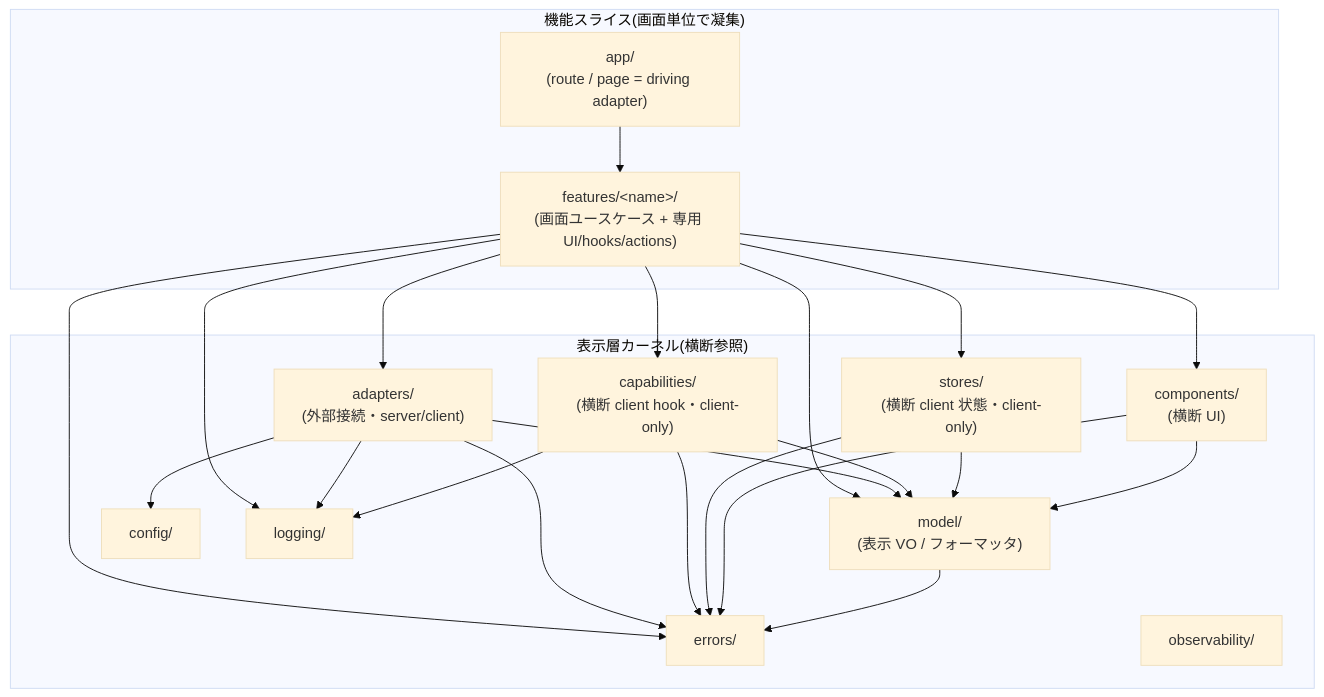
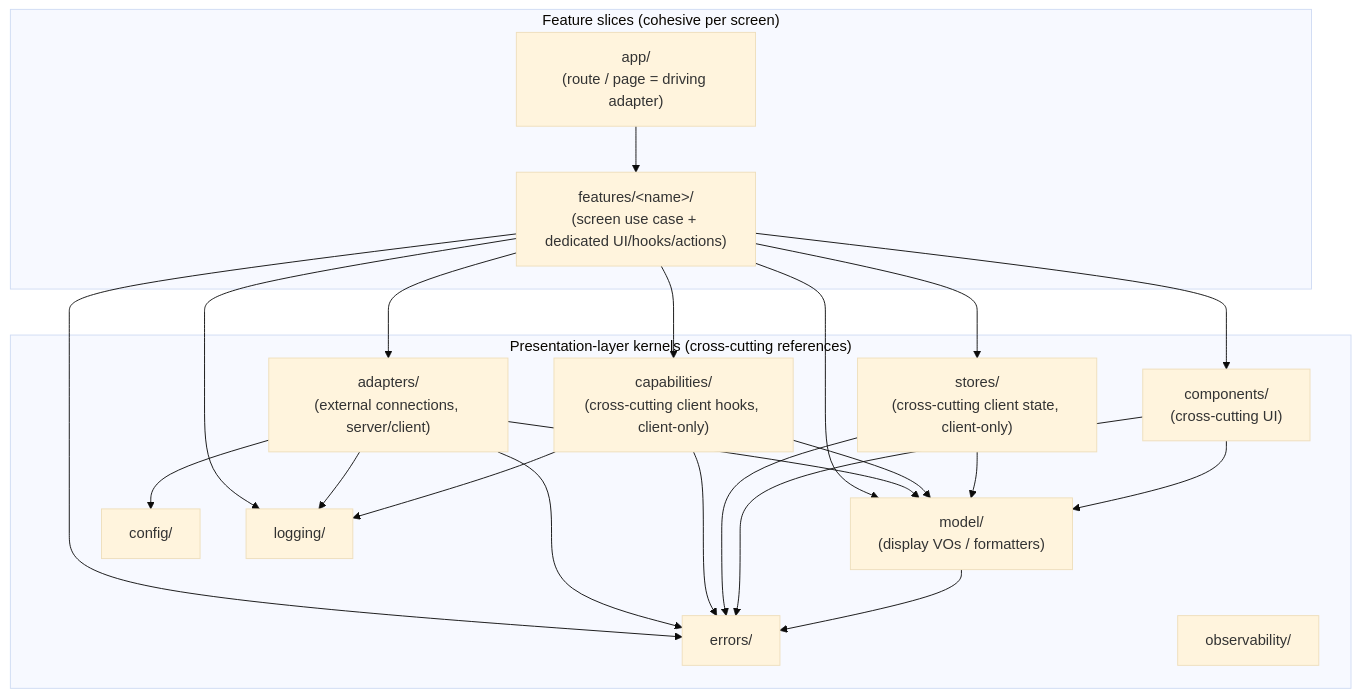
One commit to Tomy-ch/nextjs-boilerplate changed the diagram in docs/adr/0020-adopted-architecture.md. Above: the diagram before and after it, drawn with Mermaid (base theme). The commit also changed other lines of this file and 160 other files, not shown here.

````diff
--- a/docs/adr/0020-adopted-architecture.md
+++ b/docs/adr/0020-adopted-architecture.md
@@ -39,38 +39,38 @@
 ```mermaid
 flowchart TD
-    subgraph slices["機能スライス(画面単位で凝集)"]
+    subgraph slices["Feature slices (cohesive per screen)"]
         app["app/\n(route / page = driving adapter)"]
-        features["features/&lt;name&gt;/\n(画面ユースケース + 専用 UI/hooks/actions)"]
+        features["features/&lt;name&gt;/\n(screen use case + dedicated UI/hooks/actions)"]
     end
-    subgraph kernels["表示層カーネル(横断参照)"]
-        model["model/\n(表示 VO / フォーマッタ)"]
-        components["components/\n(横断 UI)"]
-        adapters["adapters/\n(外部接続・server/client)"]
-        capabilities["capabilities/\n(横断 client hook・client-only)"]
-        stores["stores/\n(横断 client 状態・client-only)"]
+    subgraph kernels["Presentation-layer kernels (cross-cutting references)"]
+        model["model/\n(display VOs / formatters)"]
+        components["components/\n(cross-cutting UI)"]
+        adapters["adapters/\n(external connections, server/client)"]
+        capabilities["capabilities/\n(cross-cutting client hooks, client-only)"]
+        stores["stores/\n(cross-cutting client state, client-only)"]
         config["config/"]
         errors["errors/"]
         logging["logging/"]
         observability["observability/"]
     end
     app --> features
     features --> model
     features --> components
     features --> adapters
     features --> capabilities
     features --> stores
     features --> errors
     features --> logging
     adapters --> model
     adapters --> config
     adapters --> errors
     adapters --> logging
     capabilities --> model
     capabilities --> errors
     capabilities --> logging
     stores --> model
     stores --> errors
     components --> model
     components --> errors
     model --> errors
 ```
````
